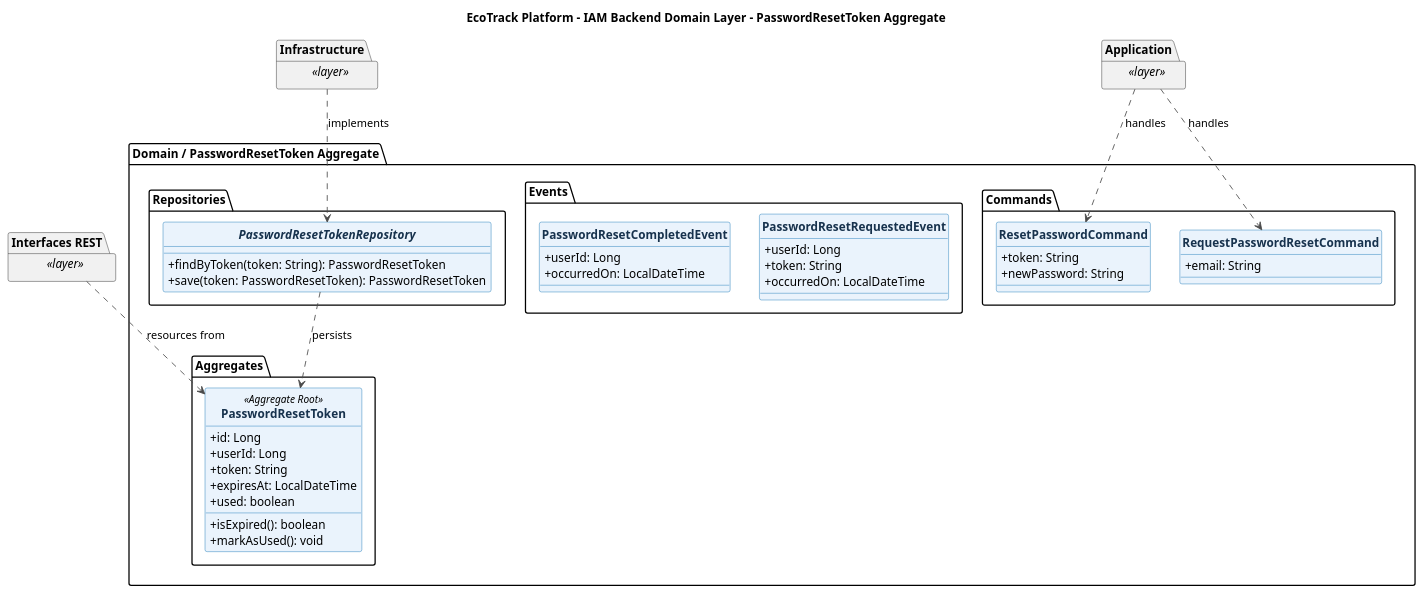
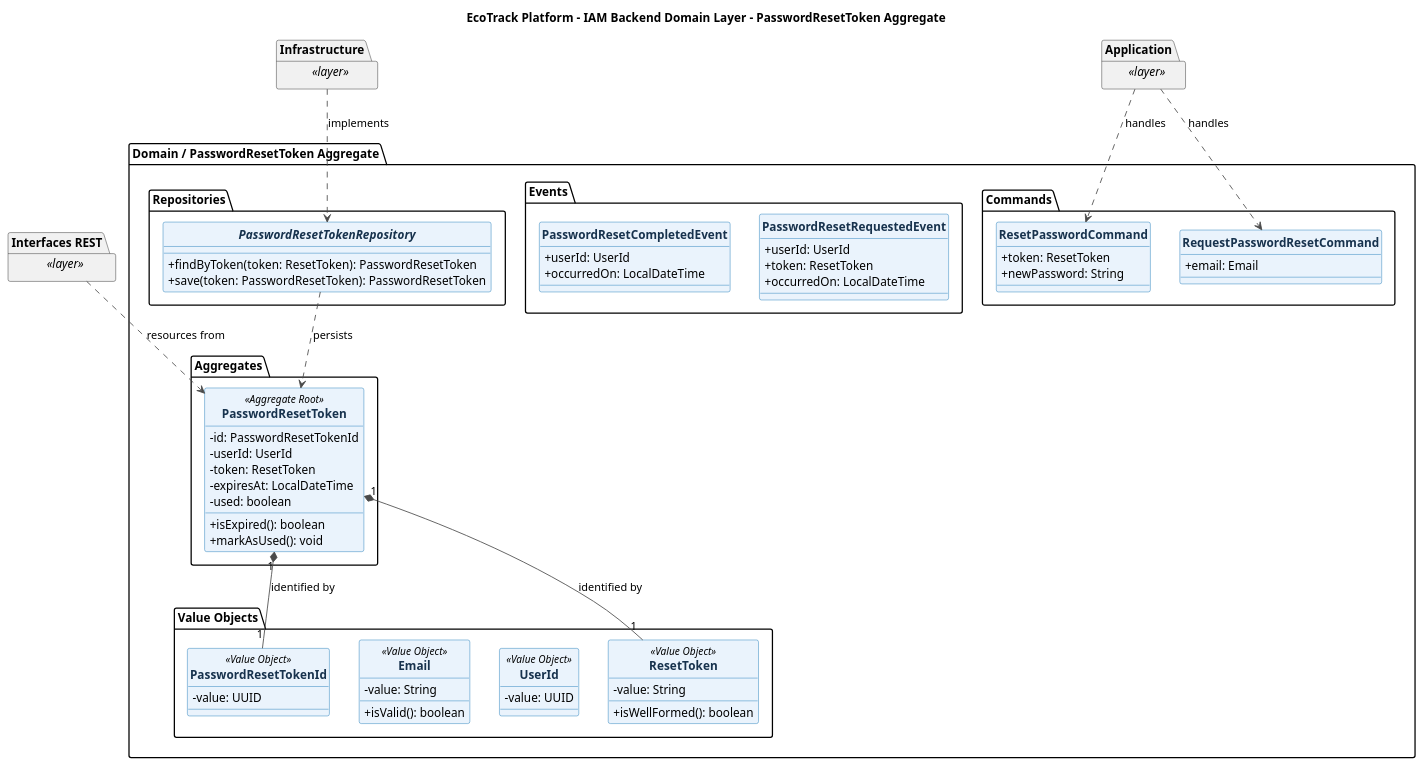
One commit to Horizon-OpenSource/report changed the diagram in docs/diagrams/class/backend/ecotrack-iam-backend-domain-password-reset-aggregate-class-diagram.puml. Above: the diagram before and after it, drawn with PlantUML. The commit also changed 17 other files, not shown here.

Commit message:
docs(report): update diagrams for event storming, architecture, class and database

```diff
--- a/docs/diagrams/class/backend/ecotrack-iam-backend-domain-password-reset-aggregate-class-diagram.puml
+++ b/docs/diagrams/class/backend/ecotrack-iam-backend-domain-password-reset-aggregate-class-diagram.puml
@@ -1,73 +1,92 @@
 @startuml
 title EcoTrack Platform - IAM Backend Domain Layer - PasswordResetToken Aggregate
 skinparam backgroundColor #FFFFFF
 skinparam shadowing false
 skinparam classAttributeIconSize 0
 skinparam classFontStyle bold
 skinparam class {
   BackgroundColor #EAF3FC
   BorderColor #0B6FB3
   ArrowColor #4A4A4A
   FontColor #17324D
 }
 hide circle
 
 package "Domain / PasswordResetToken Aggregate" {
 
   package "Aggregates" {
     class PasswordResetToken <<Aggregate Root>> {
-      +id: Long
-      +userId: Long
-      +token: String
-      +expiresAt: LocalDateTime
-      +used: boolean
+      -id: PasswordResetTokenId
+      -userId: UserId
+      -token: ResetToken
+      -expiresAt: LocalDateTime
+      -used: boolean
       +isExpired(): boolean
       +markAsUsed(): void
     }
   }
 
+  package "Value Objects" {
+    class PasswordResetTokenId <<Value Object>> {
+      -value: UUID
+    }
+    class UserId <<Value Object>> {
+      -value: UUID
+    }
+    class Email <<Value Object>> {
+      -value: String
+      +isValid(): boolean
+    }
+    class ResetToken <<Value Object>> {
+      -value: String
+      +isWellFormed(): boolean
+    }
+  }
+
   package "Commands" {
     class RequestPasswordResetCommand {
-      +email: String
+      +email: Email
     }
     class ResetPasswordCommand {
-      +token: String
+      +token: ResetToken
       +newPassword: String
     }
   }
 
   package "Events" {
     class PasswordResetRequestedEvent {
-      +userId: Long
-      +token: String
+      +userId: UserId
+      +token: ResetToken
       +occurredOn: LocalDateTime
     }
     class PasswordResetCompletedEvent {
-      +userId: Long
+      +userId: UserId
       +occurredOn: LocalDateTime
     }
   }
 
   package "Repositories" {
     interface PasswordResetTokenRepository {
-      +findByToken(token: String): PasswordResetToken
+      +findByToken(token: ResetToken): PasswordResetToken
       +save(token: PasswordResetToken): PasswordResetToken
     }
   }
 
+  PasswordResetToken "1" *-- "1" ResetToken : identified by
   PasswordResetTokenRepository ..> PasswordResetToken : persists
+  PasswordResetToken "1" *-- "1" PasswordResetTokenId : identified by
 }
 
 package "Interfaces REST" as Backend_iam_Interfaces_REST <<layer>> {
 }
 package "Application" as Backend_iam_Application <<layer>> {
 }
 package "Infrastructure" as Backend_iam_Infrastructure <<layer>> {
 }
 
 Backend_iam_Application ..> RequestPasswordResetCommand : handles
 Backend_iam_Application ..> ResetPasswordCommand : handles
 Backend_iam_Infrastructure ..> PasswordResetTokenRepository : implements
 Backend_iam_Interfaces_REST ..> PasswordResetToken : resources from
 
 @enduml
```
